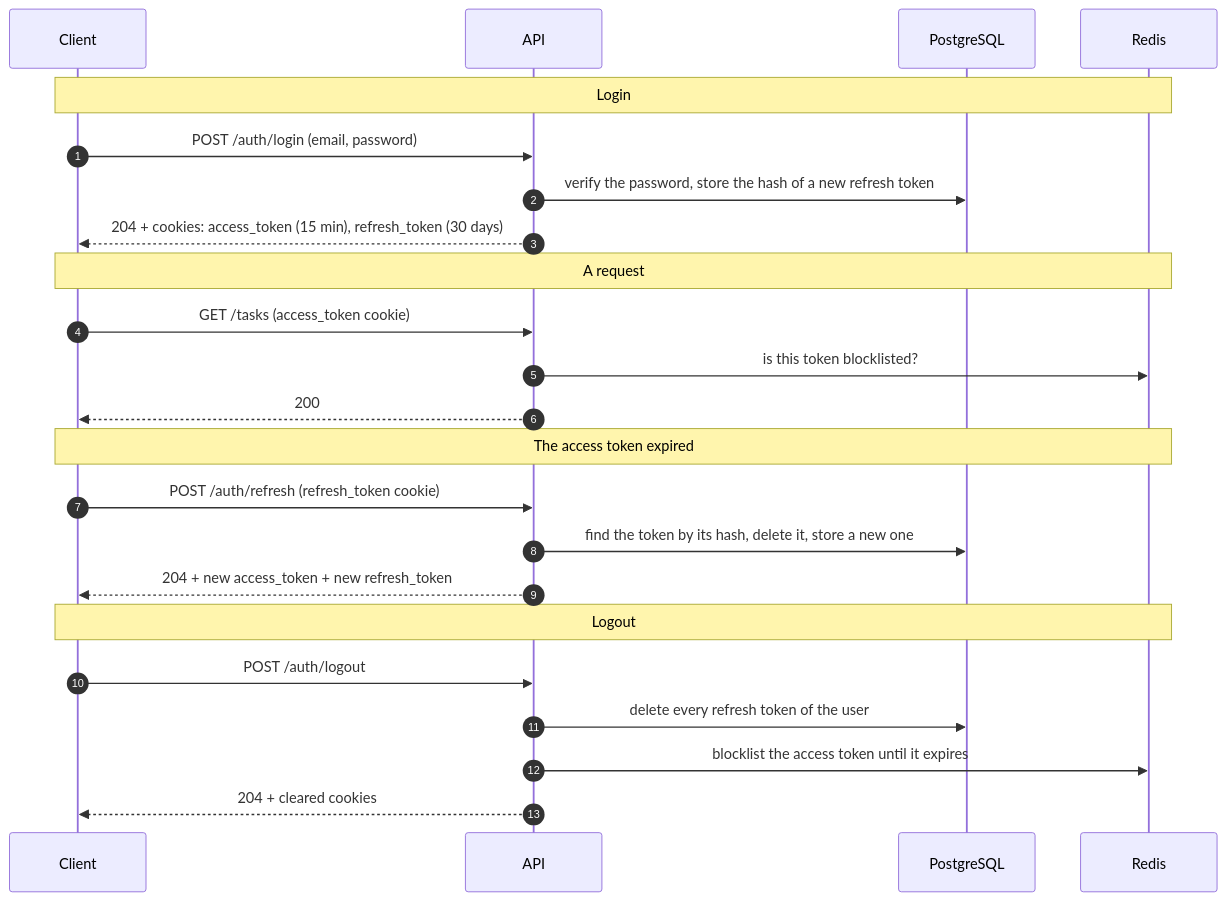
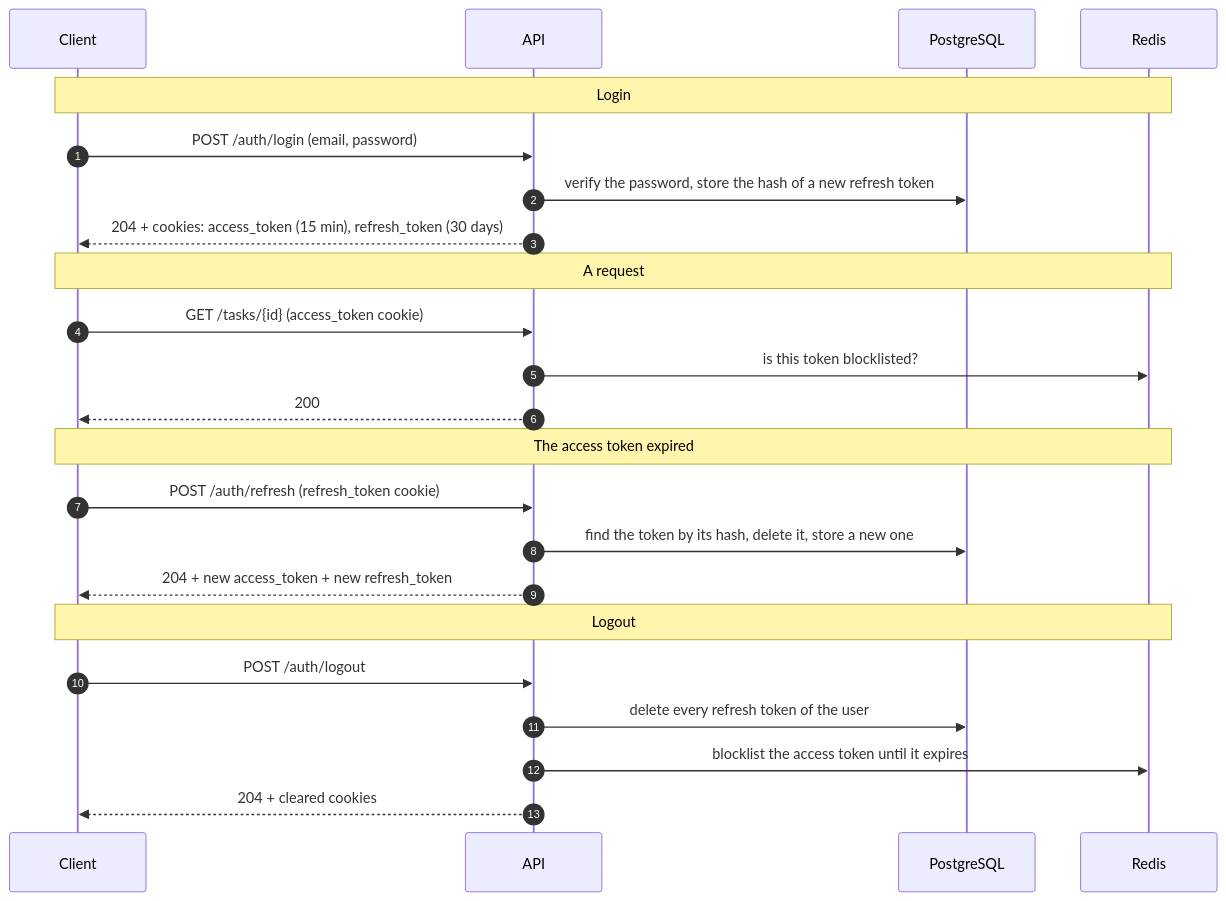
Before and after one commit to NikitaSomik/symfony-todo-app: the third of 5 diagrams in docs/architecture.md, drawn with Mermaid. The commit also changed other lines of this file and 51 other files, not shown here.

````diff
--- a/docs/architecture.md
+++ b/docs/architecture.md
@@ -89,29 +91,29 @@
 ```mermaid
 sequenceDiagram
     autonumber
     participant C as Client
     participant A as API
     participant DB as PostgreSQL
     participant R as Redis
 
     Note over C,R: Login
     C->>A: POST /auth/login (email, password)
     A->>DB: verify the password, store the hash of a new refresh token
     A-->>C: 204 + cookies: access_token (15 min), refresh_token (30 days)
 
     Note over C,R: A request
-    C->>A: GET /tasks (access_token cookie)
+    C->>A: GET /tasks/{id} (access_token cookie)
     A->>R: is this token blocklisted?
     A-->>C: 200
 
     Note over C,R: The access token expired
     C->>A: POST /auth/refresh (refresh_token cookie)
     A->>DB: find the token by its hash, delete it, store a new one
     A-->>C: 204 + new access_token + new refresh_token
 
     Note over C,R: Logout
     C->>A: POST /auth/logout
     A->>DB: delete every refresh token of the user
     A->>R: blocklist the access token until it expires
     A-->>C: 204 + cleared cookies
 ```
````
